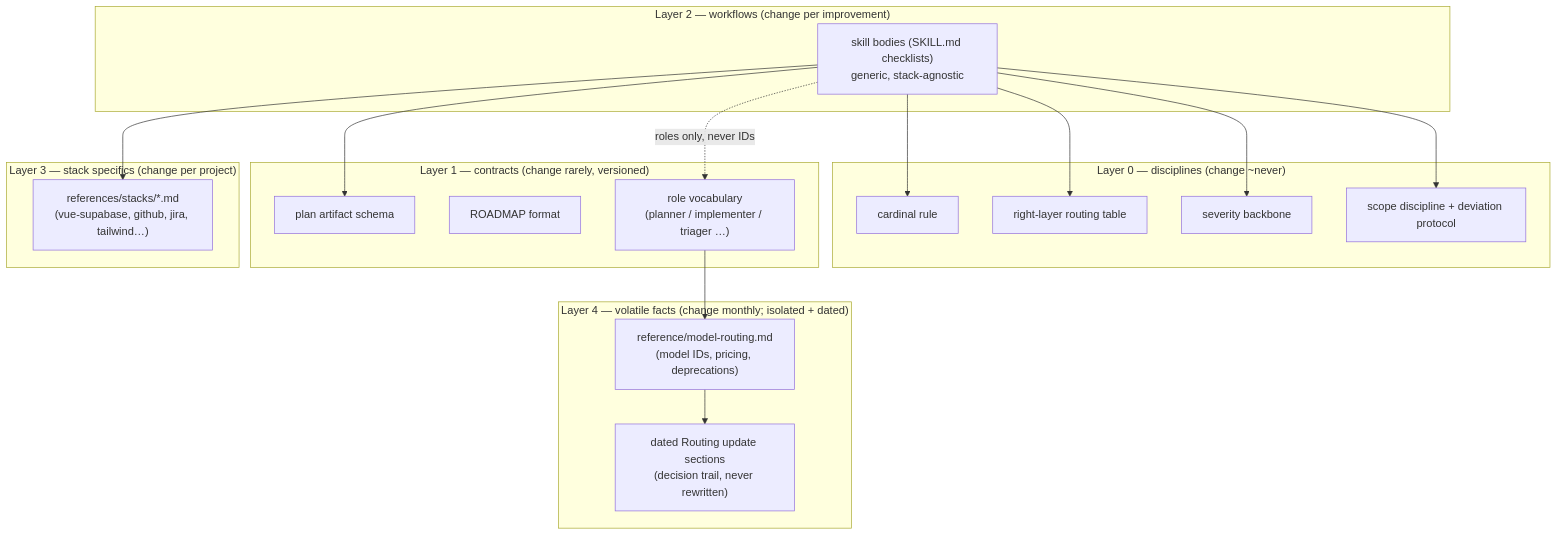
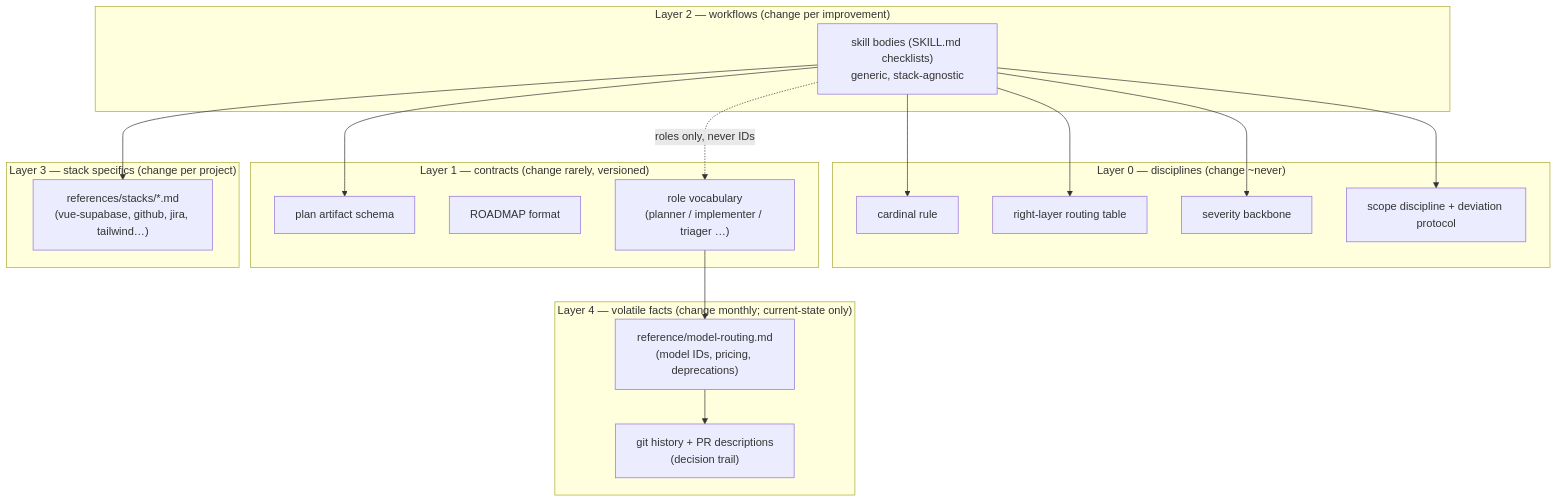
Before and after one commit to hierovision/ai-framework: the seventh of 13 diagrams in docs/CONCEPTS.md, drawn with Mermaid. The commit also changed other lines of this file and 4 other files, not shown here.

````diff
--- a/docs/CONCEPTS.md
+++ b/docs/CONCEPTS.md
@@ -360,30 +360,30 @@
 ```mermaid
 flowchart TB
     subgraph L0["Layer 0 — disciplines (change ~never)"]
         D1[cardinal rule]
         D2[right-layer routing table]
         D3[severity backbone]
         D4[scope discipline + deviation protocol]
     end
     subgraph L1["Layer 1 — contracts (change rarely, versioned)"]
         C1[plan artifact schema]
         C2[ROADMAP format]
         C3["role vocabulary<br/>(planner / implementer / triager …)"]
     end
     subgraph L2["Layer 2 — workflows (change per improvement)"]
         W1["skill bodies (SKILL.md checklists)<br/>generic, stack-agnostic"]
     end
     subgraph L3["Layer 3 — stack specifics (change per project)"]
         S1["references/stacks/*.md<br/>(vue-supabase, github, jira, tailwind…)"]
     end
-    subgraph L4["Layer 4 — volatile facts (change monthly; isolated + dated)"]
+    subgraph L4["Layer 4 — volatile facts (change monthly; current-state only)"]
         V1["reference/model-routing.md<br/>(model IDs, pricing, deprecations)"]
-        V2["dated Routing update sections<br/>(decision trail, never rewritten)"]
+        V2["git history + PR descriptions<br/>(decision trail)"]
     end
     W1 --> D1 & D2 & D3 & D4
     W1 --> C1
     W1 --> S1
     W1 -.roles only, never IDs.-> C3
     C3 --> V1
     V1 --> V2
 ```
````
